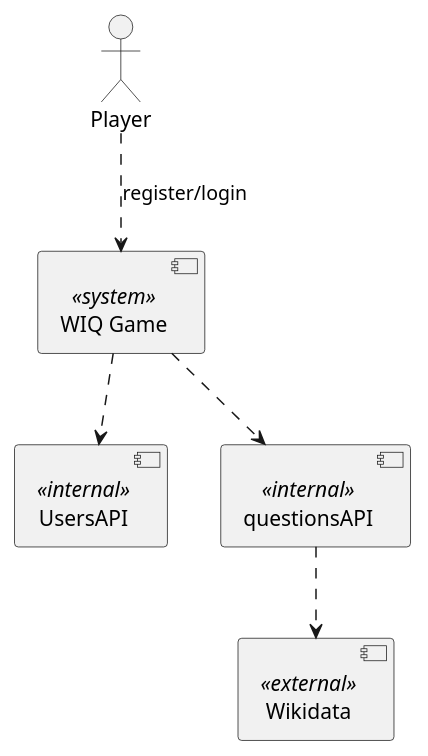
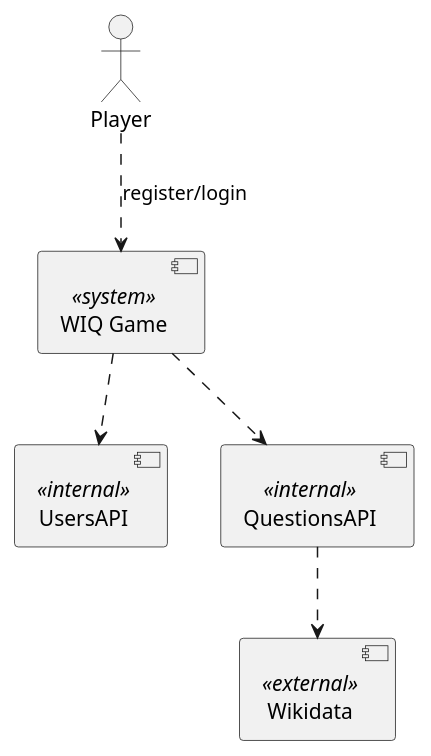
Before and after one commit to Arquisoft/wiq_en1a: the diagram in docs/src/03_system_scope_and_context.adoc, drawn with PlantUML. The commit also changed other lines of this file, not shown here.

Commit message:
Small adjustments to system scope and context

```diff
--- a/docs/src/03_system_scope_and_context.adoc
+++ b/docs/src/03_system_scope_and_context.adoc
@@ -56,13 +56,13 @@
 [plantuml,"Context Diagram",png]
 ----
 actor Player
 [Wikidata] <<external>>
 
 [WIQ Game] <<system>>
 [UsersAPI] <<internal>>
-[questionsAPI] <<internal>>
+[QuestionsAPI] <<internal>>
 Player ..> (WIQ Game) : register/login
-[questionsAPI] ..> Wikidata
+[QuestionsAPI] ..> Wikidata
 [WIQ Game] ..> UsersAPI
-[WIQ Game] ..> questionsAPI
+[WIQ Game] ..> QuestionsAPI
 ----
```
